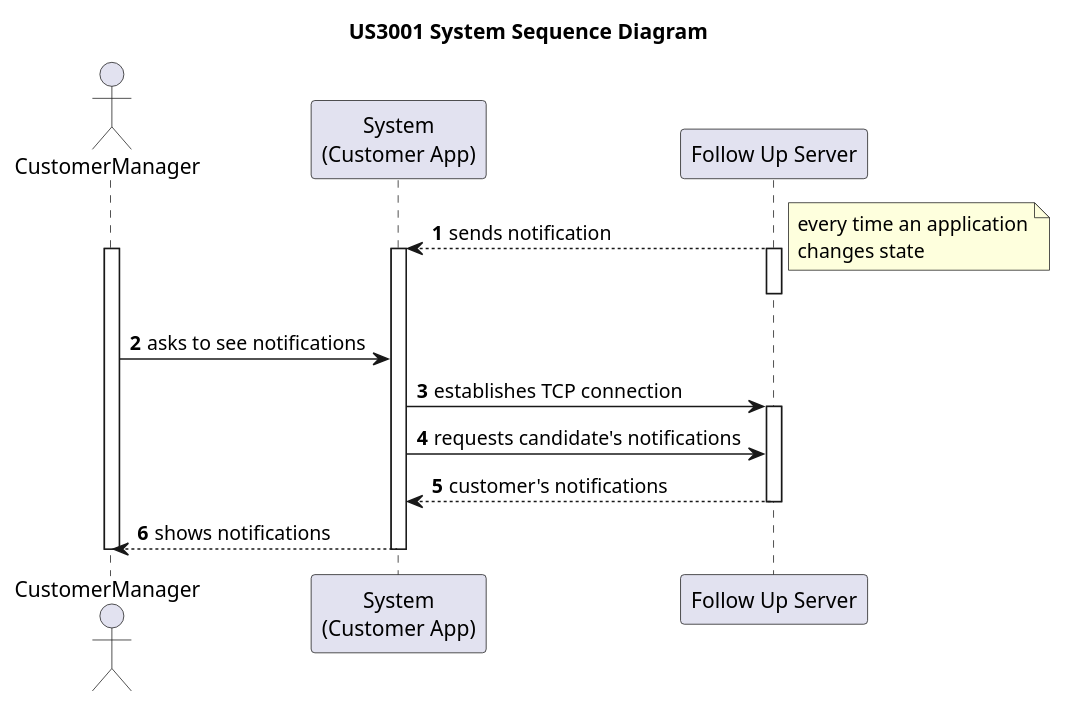
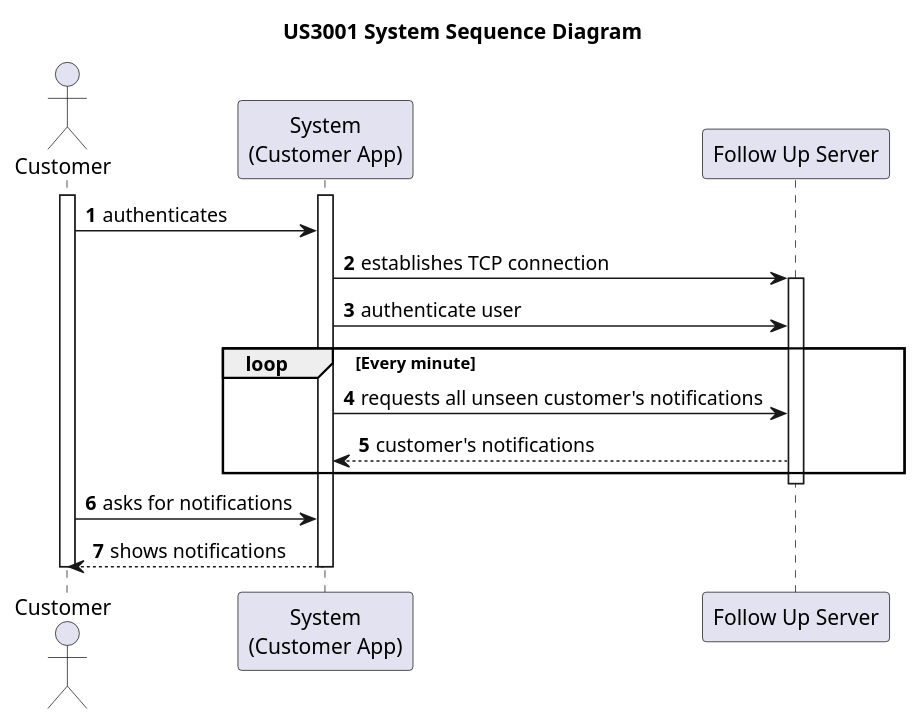
Before and after one commit to rita-barbosa/LAPR4-2324: the diagram in docs/sprint-c/us_3003/SSD/Helpful-System-Sequence-Diagram.puml, drawn with PlantUML. The commit also changed 2 other files, not shown here.

```diff
--- a/docs/sprint-c/us_3003/SSD/Helpful-System-Sequence-Diagram.puml
+++ b/docs/sprint-c/us_3003/SSD/Helpful-System-Sequence-Diagram.puml
@@ -1,35 +1,41 @@
 @startuml US3001_SSD
 
 title US3001 System Sequence Diagram
 
 autonumber
 
-actor "CustomerManager" as C
+actor "Customer" as CAND
 participant "System\n(Customer App)" as SYS
 participant "Follow Up Server" as SERVER
 
-SERVER --> SYS : sends notification
-activate SERVER
-note right
-every time an application
-changes state
-end note
+activate SYS
 
-activate SYS
-deactivate SERVER
+    activate CAND
 
-activate C
-C -> SYS : asks to see notifications
+        CAND -> SYS : authenticates
 
-SYS -> SERVER : establishes TCP connection
-activate SERVER
-SYS -> SERVER : requests candidate's notifications
+        SYS -> SERVER : establishes TCP connection
 
-SERVER --> SYS : customer's notifications
-deactivate SERVER
+        activate SERVER
 
-SYS --> C : shows notifications
-deactivate SYS
-deactivate C
+        SYS -> SERVER : authenticate user
+
+            loop Every minute
+
+                SYS -> SERVER : requests all unseen customer's notifications
+
+                SERVER --> SYS : customer's notifications
+
+            end
+
+        deactivate SERVER
+
+        CAND -> SYS : asks for notifications
+
+        SYS --> CAND : shows notifications
+
+    deactivate SYS
+
+deactivate CAND
 
 @enduml
```
